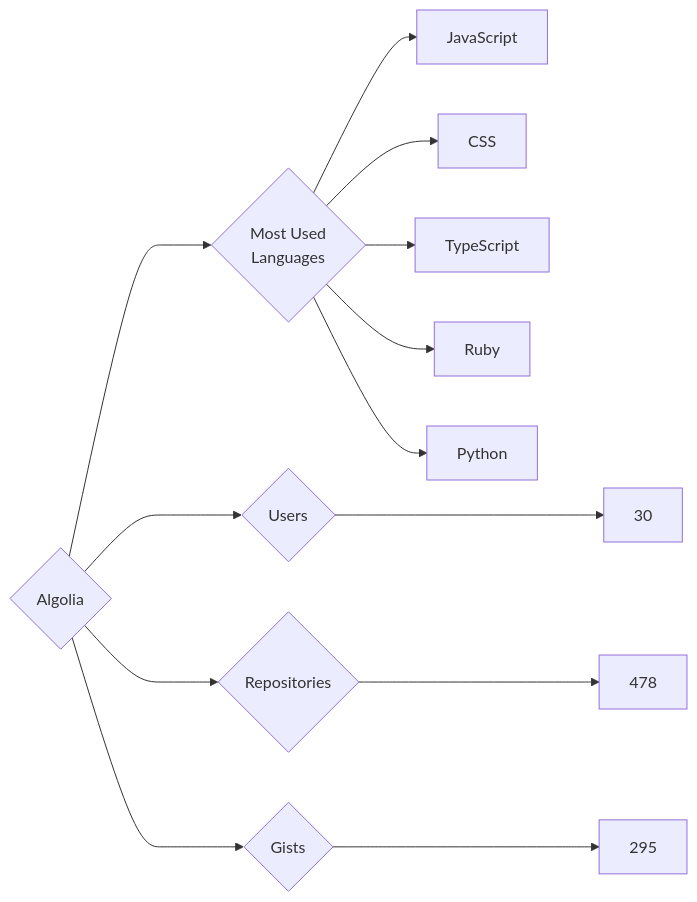
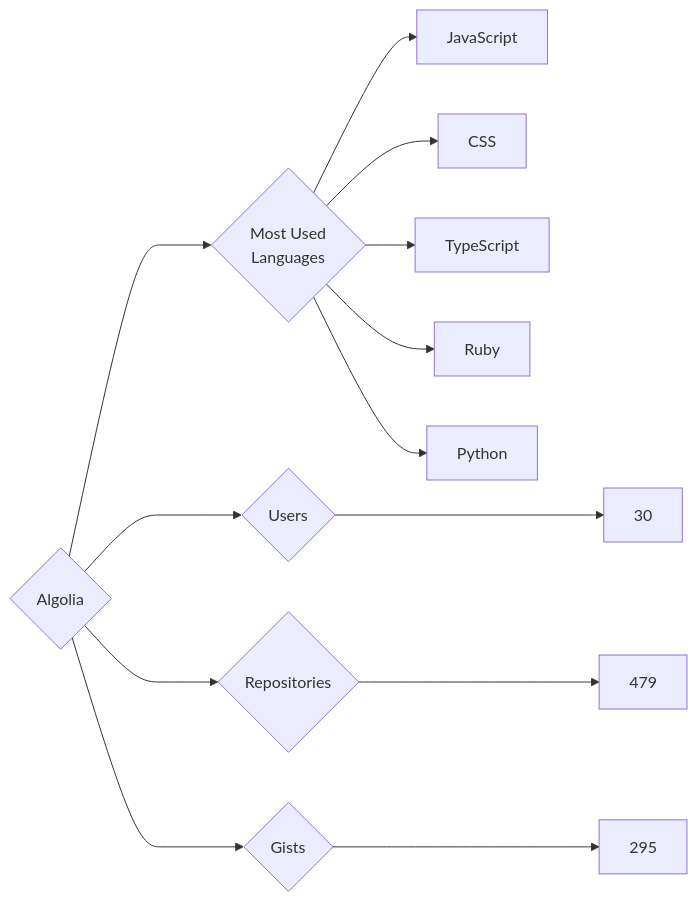
Before and after one commit to trickest/insiders: the diagram in targets/Algolia/README.md, drawn with Mermaid. The commit also changed 639 other files, not shown here.

````diff
--- a/targets/Algolia/README.md
+++ b/targets/Algolia/README.md
@@ -3,13 +3,13 @@
 ```mermaid
 graph LR
 COMPANY_NAME{Algolia}
 COMPANY_NAME ---> U{Users} ---> UN[30]
-COMPANY_NAME ---> R{Repositories} ---> RN[478]
+COMPANY_NAME ---> R{Repositories} ---> RN[479]
 COMPANY_NAME ---> G{Gists} ---> GN[295]
 COMPANY_NAME ---> ML{Most Used<br>Languages}
 ML --> JavaScript[JavaScript]
 ML --> CSS[CSS]
 ML --> TypeScript[TypeScript]
 ML --> Ruby[Ruby]
 ML --> Python[Python]
 ```
````
